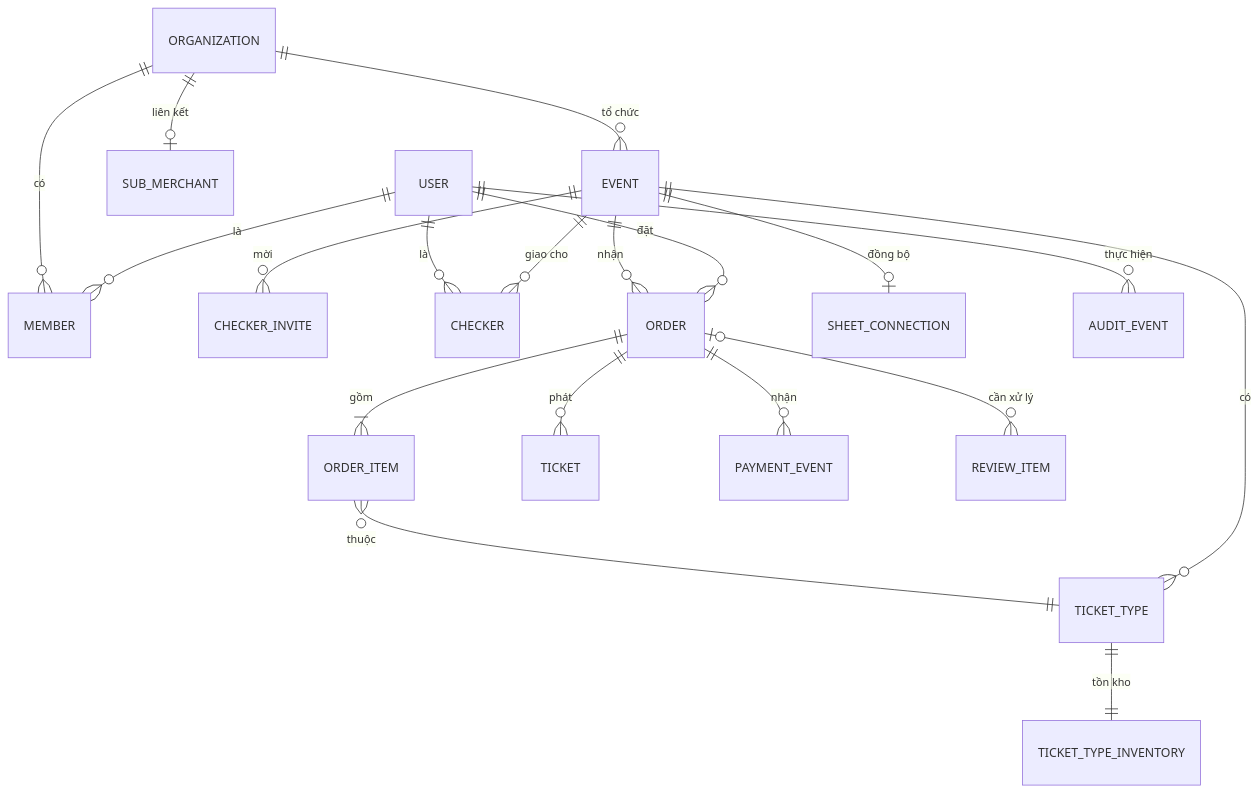
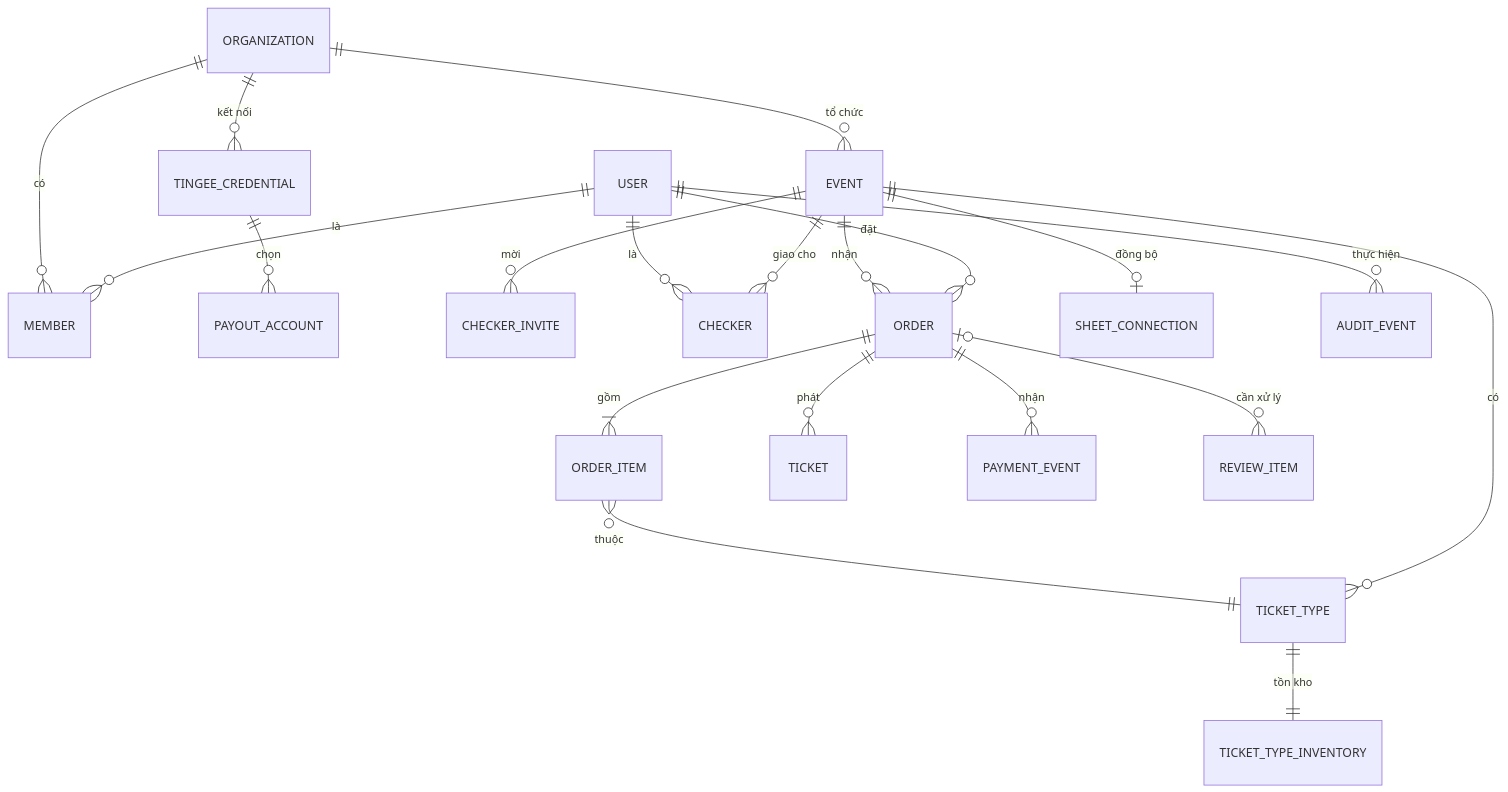
The fourth of 4 diagrams in _bmad-output/planning-artifacts/architecture/architecture-tickee-2026-10-28/ARCHITECTURE-SPINE.md (masonnguyen1243/tickee), drawn with Mermaid before and after one commit. The commit also changed other lines of this file and 7 other files, not shown here.

````diff
--- a/_bmad-output/planning-artifacts/architecture/architecture-tickee-2026-10-28/ARCHITECTURE-SPINE.md
+++ b/_bmad-output/planning-artifacts/architecture/architecture-tickee-2026-10-28/ARCHITECTURE-SPINE.md
@@ -472,21 +479,22 @@
 ```mermaid
 erDiagram
   USER ||--o{ MEMBER : "là"
   ORGANIZATION ||--o{ MEMBER : "có"
-  ORGANIZATION ||--o| SUB_MERCHANT : "liên kết"
+  ORGANIZATION ||--o{ TINGEE_CREDENTIAL : "kết nối"
+  TINGEE_CREDENTIAL ||--o{ PAYOUT_ACCOUNT : "chọn"
   ORGANIZATION ||--o{ EVENT : "tổ chức"
   EVENT ||--o{ TICKET_TYPE : "có"
   TICKET_TYPE ||--|| TICKET_TYPE_INVENTORY : "tồn kho"
   EVENT ||--o{ CHECKER_INVITE : "mời"
   EVENT ||--o{ CHECKER : "giao cho"
   USER ||--o{ CHECKER : "là"
   USER ||--o{ ORDER : "đặt"
   EVENT ||--o{ ORDER : "nhận"
   ORDER ||--|{ ORDER_ITEM : "gồm"
   ORDER_ITEM }o--|| TICKET_TYPE : "thuộc"
   ORDER ||--o{ TICKET : "phát"
   ORDER ||--o{ PAYMENT_EVENT : "nhận"
   ORDER |o--o{ REVIEW_ITEM : "cần xử lý"
   EVENT ||--o| SHEET_CONNECTION : "đồng bộ"
   USER ||--o{ AUDIT_EVENT : "thực hiện"
 ```
````
